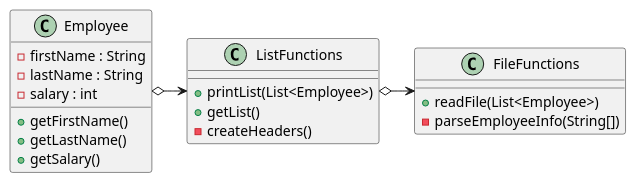
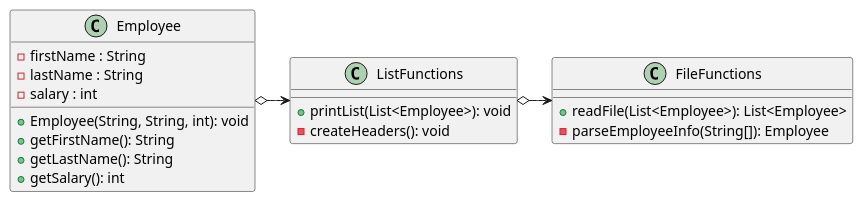
One commit to ivy-nguyen18/nguyen-cop3330-assignment3 changed the diagram in src/main/resources/ex42/ParsingDataFile.puml. Above: the diagram before and after it, drawn with PlantUML. The commit also changed 7 other files, not shown here.

Commit message:
redo plantUML

```diff
--- a/src/main/resources/ex42/ParsingDataFile.puml
+++ b/src/main/resources/ex42/ParsingDataFile.puml
@@ -1,29 +1,29 @@
 @startuml
 'https://plantuml.com/class-diagram
 
 
 Employee o->ListFunctions
 ListFunctions o-> FileFunctions
 
 class FileFunctions {
-    + readFile(List<Employee>)
-    - parseEmployeeInfo(String[])
+    + readFile(List<Employee>): List<Employee>
+    - parseEmployeeInfo(String[]): Employee
 }
 
 class ListFunctions {
-    + printList(List<Employee>)
-    + getList()
-    - createHeaders()
+    + printList(List<Employee>): void
+    - createHeaders(): void
 }
 
 class Employee {
     - firstName : String
     - lastName : String
     - salary : int
 
-    + getFirstName()
-    + getLastName()
-    + getSalary()
+    + Employee(String, String, int): void
+    + getFirstName(): String
+    + getLastName(): String
+    + getSalary(): int
 }
 
 @enduml
```
